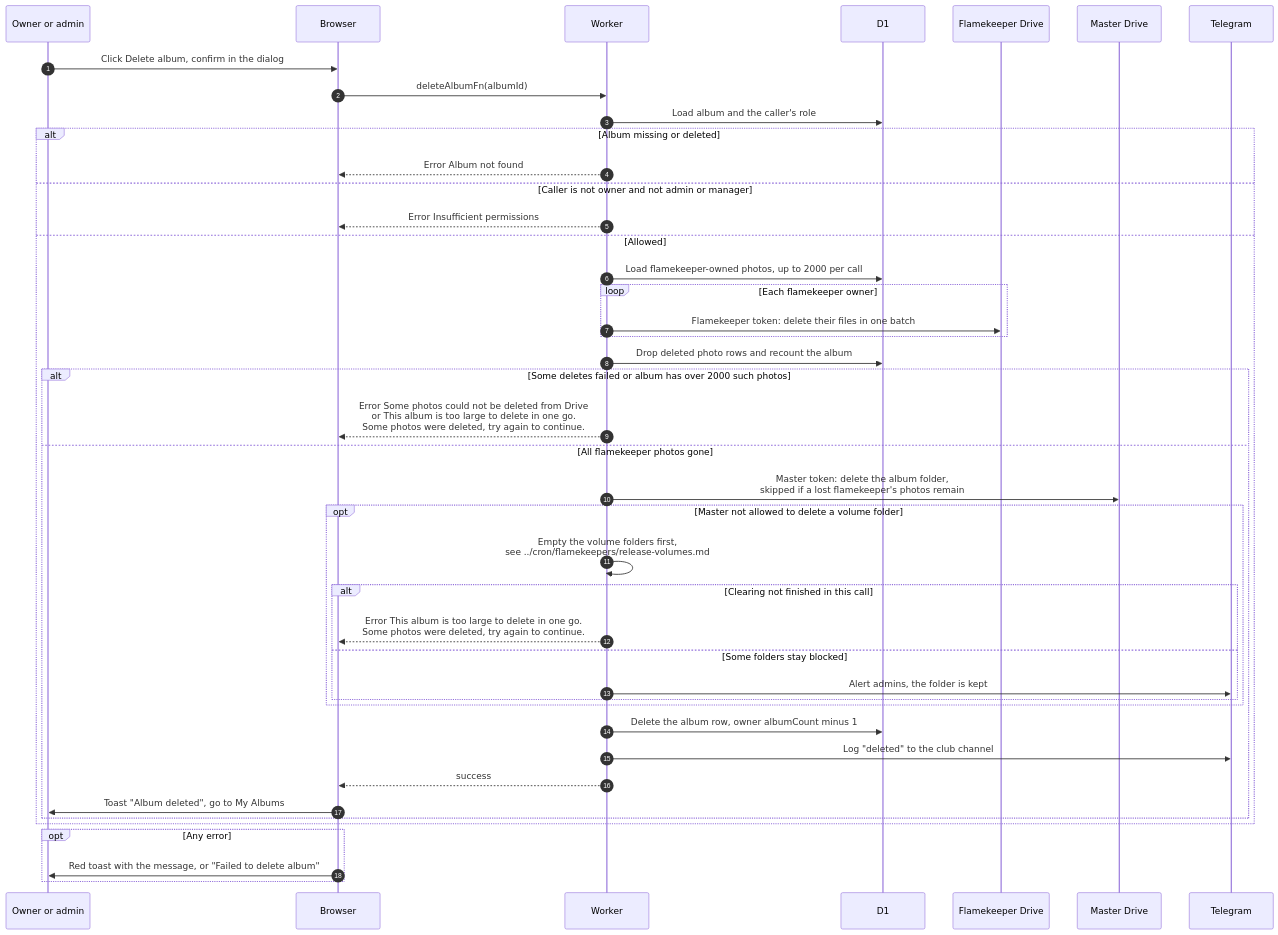
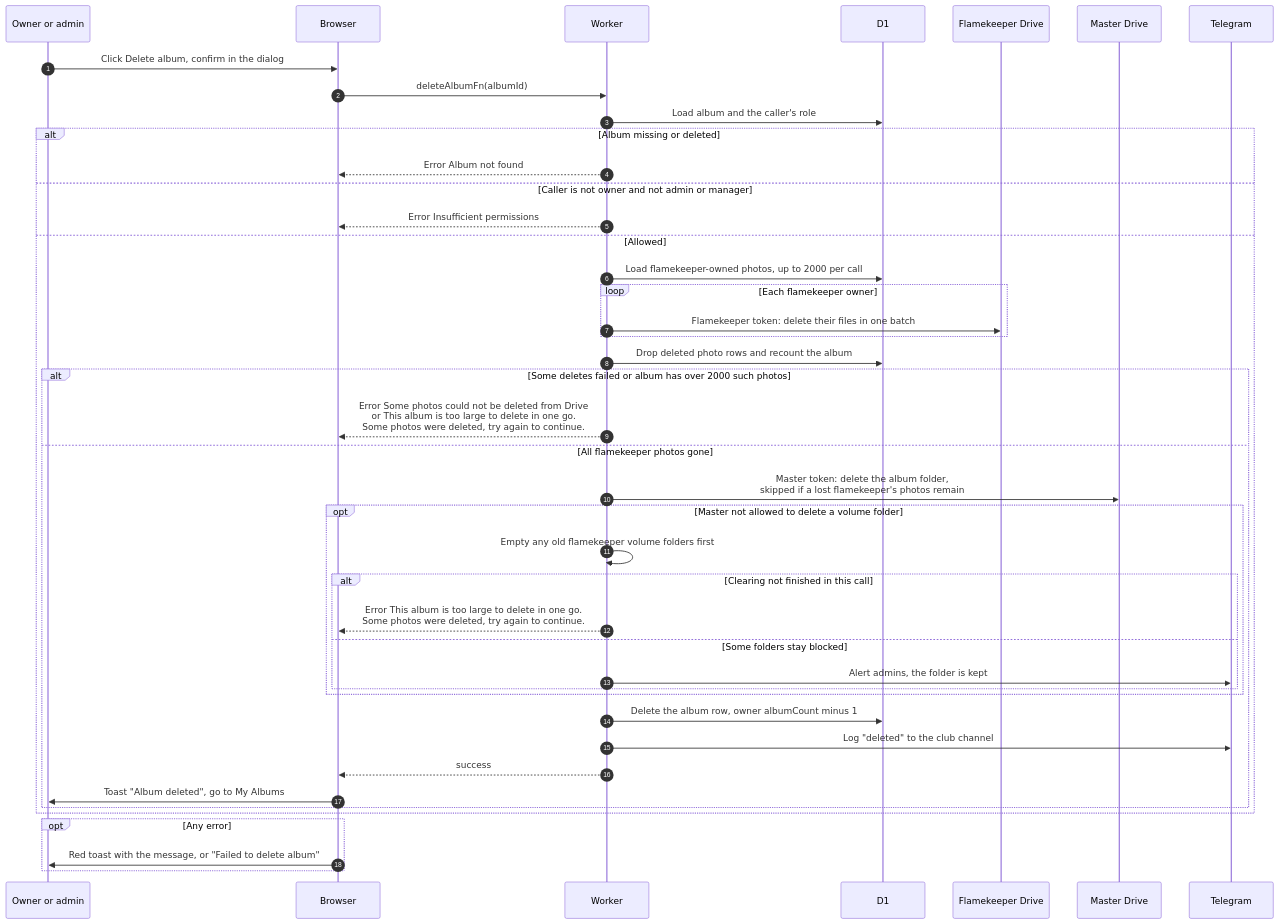
One commit to sagyzdop/meriksirat changed the diagram in docs/scenarios/albums/delete-album.md. Above: the diagram before and after it, drawn with Mermaid. The commit also changed other lines of this file and 74 other files, not shown here.

````diff
--- a/docs/scenarios/albums/delete-album.md
+++ b/docs/scenarios/albums/delete-album.md
@@ -16,45 +16,45 @@
 ```mermaid
 sequenceDiagram
     autonumber
     participant M as Owner or admin
     participant B as Browser
     participant W as Worker
     participant D as D1
     participant F as Flamekeeper Drive
     participant G as Master Drive
     participant T as Telegram
     M->>B: Click Delete album, confirm in the dialog
     B->>W: deleteAlbumFn(albumId)
     W->>D: Load album and the caller's role
     alt Album missing or deleted
         W-->>B: Error Album not found
     else Caller is not owner and not admin or manager
         W-->>B: Error Insufficient permissions
     else Allowed
         W->>D: Load flamekeeper-owned photos, up to 2000 per call
         loop Each flamekeeper owner
             W->>F: Flamekeeper token: delete their files in one batch
         end
         W->>D: Drop deleted photo rows and recount the album
         alt Some deletes failed or album has over 2000 such photos
             W-->>B: Error Some photos could not be deleted from Drive<br/>or This album is too large to delete in one go.<br/>Some photos were deleted, try again to continue.
         else All flamekeeper photos gone
             W->>G: Master token: delete the album folder,<br/>skipped if a lost flamekeeper's photos remain
             opt Master not allowed to delete a volume folder
-                W->>W: Empty the volume folders first,<br/>see ../cron/flamekeepers/release-volumes.md
+                W->>W: Empty any old flamekeeper volume folders first
                 alt Clearing not finished in this call
                     W-->>B: Error This album is too large to delete in one go.<br/>Some photos were deleted, try again to continue.
                 else Some folders stay blocked
                     W->>T: Alert admins, the folder is kept
                 end
             end
             W->>D: Delete the album row, owner albumCount minus 1
             W->>T: Log "deleted" to the club channel
             W-->>B: success
             B->>M: Toast "Album deleted", go to My Albums
         end
     end
     opt Any error
         B->>M: Red toast with the message, or "Failed to delete album"
     end
 ```
````
